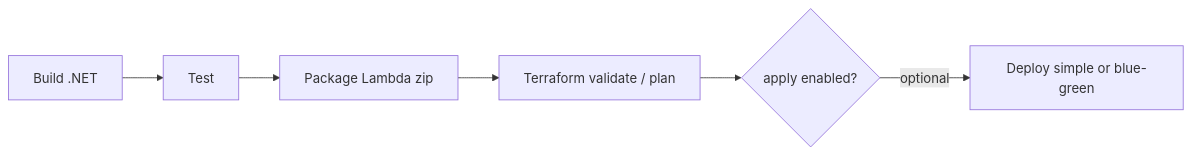
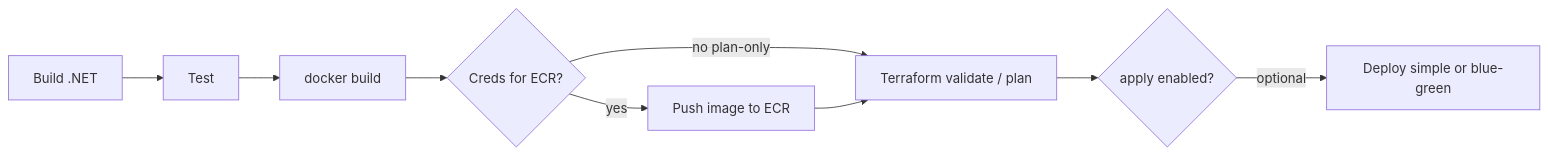
Before and after one commit to pratikbhumkar/giggly-gusts: the diagram in docs/diagrams/04-ci-cd-stages.md, drawn with Mermaid. The commit also changed other lines of this file and 12 other files, not shown here.

````diff
--- a/docs/diagrams/04-ci-cd-stages.md
+++ b/docs/diagrams/04-ci-cd-stages.md
@@ -5,8 +7,11 @@
 ```mermaid
 flowchart LR
   A[Build .NET] --> B[Test]
-  B --> C[Package Lambda zip]
-  C --> D[Terraform validate / plan]
-  D --> E{apply enabled?}
-  E -->|optional| F[Deploy simple or blue-green]
+  B --> C[docker build]
+  C --> D{Creds for ECR?}
+  D -->|yes| P[Push image to ECR]
+  D -->|no plan-only| E[Terraform validate / plan]
+  P --> E
+  E --> F{apply enabled?}
+  F -->|optional| G[Deploy simple or blue-green]
 ```
````
